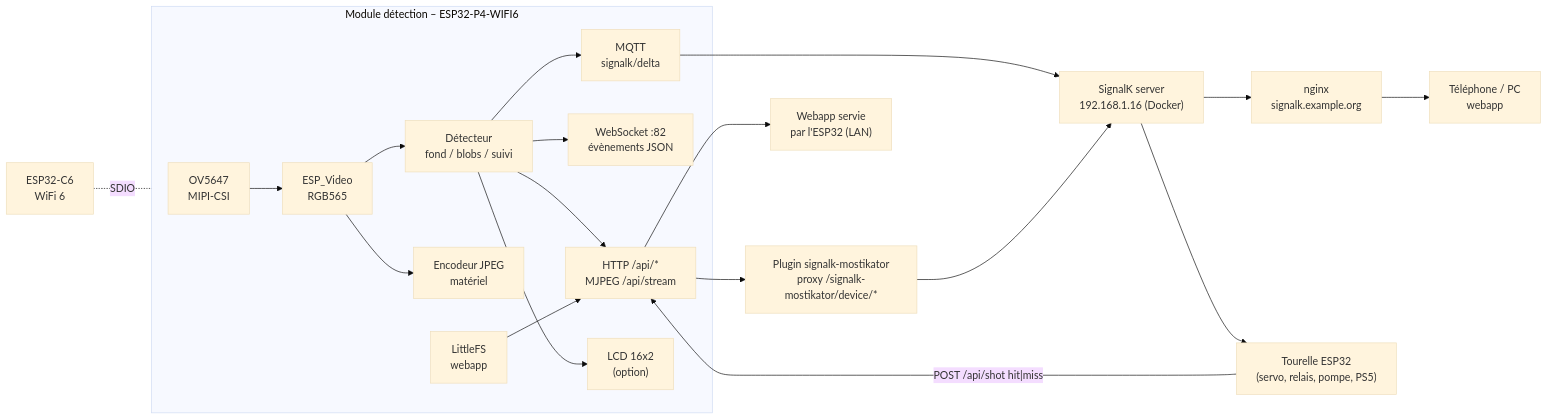
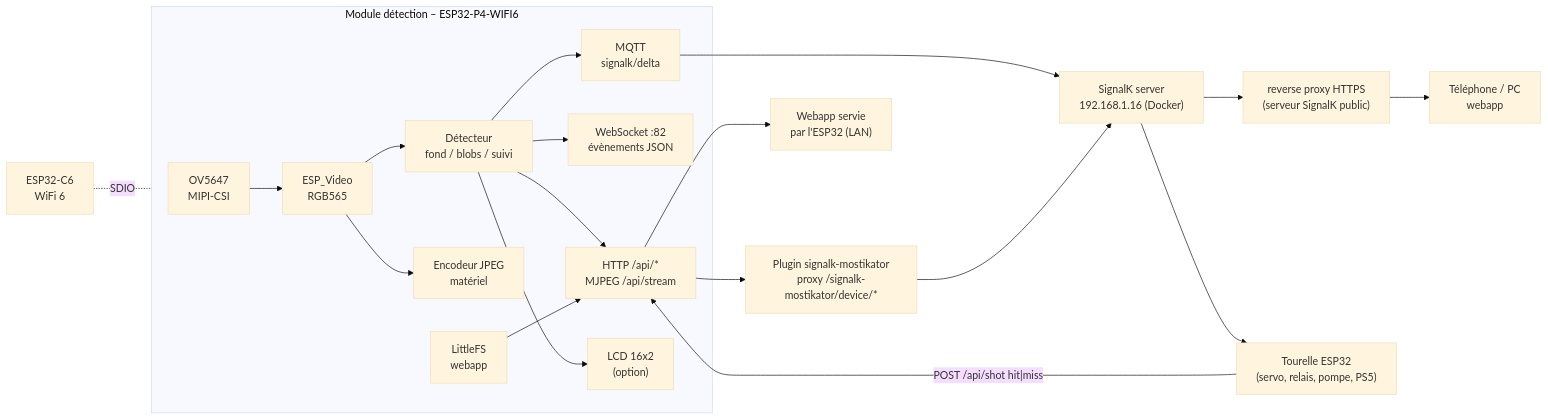
Before and after one commit to laborima/chatel-apps-repository: the first of 3 diagrams in mostikator/README.md, drawn with Mermaid (base theme). The commit also changed other lines of this file, not shown here.

Commit message:
[Setup] Mostikator README: PS5 reconnection, dual WiFi, IP-following proxy, security notes, no public SignalK URL

````diff
--- a/mostikator/README.md
+++ b/mostikator/README.md
@@ -28,22 +28,22 @@
 ```mermaid
 flowchart LR
     subgraph P4["Module détection – ESP32-P4-WIFI6"]
         CAM["OV5647<br/>MIPI-CSI"] --> VID["ESP_Video<br/>RGB565"]
         VID --> DET["Détecteur<br/>fond / blobs / suivi"]
         VID --> JPG["Encodeur JPEG<br/>matériel"]
         DET --> API["HTTP /api/*<br/>MJPEG /api/stream"]
         DET --> WS["WebSocket :82<br/>évènements JSON"]
         DET --> MQ["MQTT<br/>signalk/delta"]
         DET --> LCD["LCD 16x2<br/>(option)"]
         FS["LittleFS<br/>webapp"] --> API
     end
     C6["ESP32-C6<br/>WiFi 6"] -.SDIO.- P4
     MQ --> SK["SignalK server<br/>192.168.1.16 (Docker)"]
     API --> PLG["Plugin signalk-mostikator<br/>proxy /signalk-mostikator/device/*"]
     PLG --> SK
-    SK --> NGX["nginx<br/>signalk.example.org"]
+    SK --> NGX["reverse proxy HTTPS<br/>(serveur SignalK public)"]
     NGX --> PHONE["Téléphone / PC<br/>webapp"]
     API --> LOCAL["Webapp servie<br/>par l'ESP32 (LAN)"]
     SK --> TUR["Tourelle ESP32<br/>(servo, relais, pompe, PS5)"]
     TUR -- "POST /api/shot hit|miss" --> API
 ```
````
